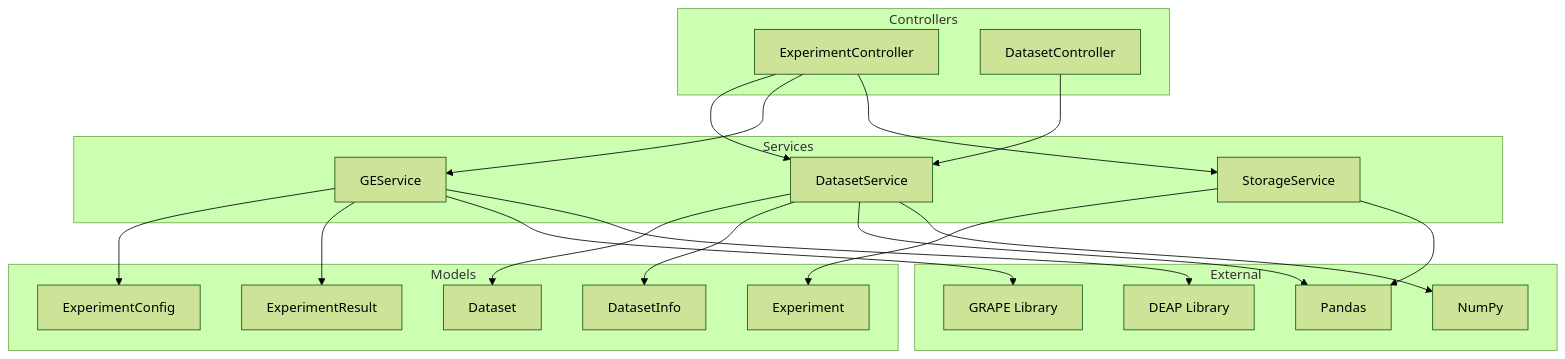
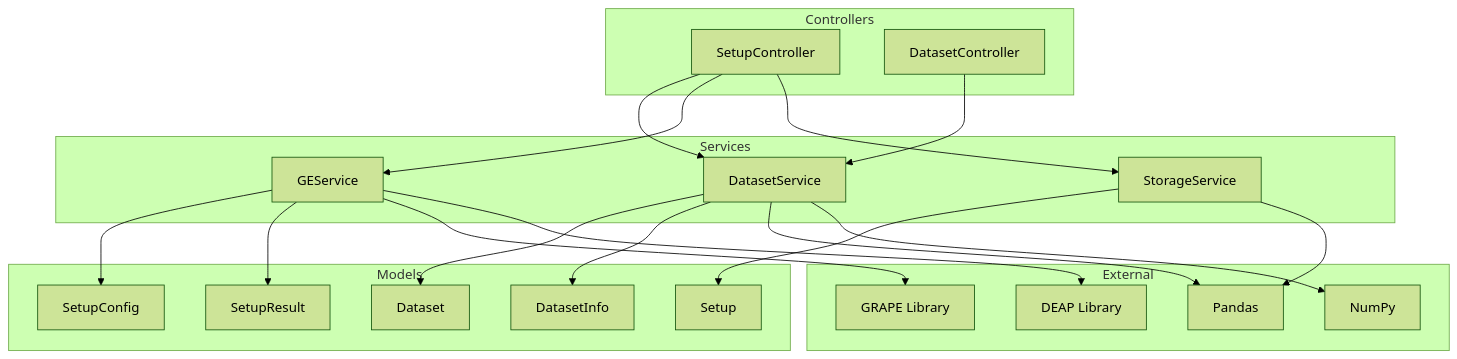
The fourth of 4 diagrams in ARCHITECTURE.md (aghilhooshmand/UGE), drawn with Mermaid (forest theme) before and after one commit. The commit also changed other lines of this file and 24 other files, not shown here.

````diff
--- a/ARCHITECTURE.md
+++ b/ARCHITECTURE.md
@@ -506,46 +506,46 @@
 ```mermaid
 graph TD
     subgraph "Controllers"
-        EC[ExperimentController]
+        EC[SetupController]
         DC[DatasetController]
     end
     
     subgraph "Services"
         DS[DatasetService]
         GS[GEService]
         SS[StorageService]
     end
     
     subgraph "Models"
         D[Dataset]
         DI[DatasetInfo]
-        ECONF[ExperimentConfig]
-        ER[ExperimentResult]
-        E[Experiment]
+        ECONF[SetupConfig]
+        ER[SetupResult]
+        E[Setup]
     end
     
     subgraph "External"
         GRAPE[GRAPE Library]
         DEAP[DEAP Library]
         PANDAS[Pandas]
         NUMPY[NumPy]
     end
     
     EC --> DS
     EC --> GS
     EC --> SS
     DC --> DS
     
     DS --> D
     DS --> DI
     DS --> PANDAS
     DS --> NUMPY
     
     GS --> ECONF
     GS --> ER
     GS --> GRAPE
     GS --> DEAP
     
     SS --> E
     SS --> PANDAS
 ```
````
